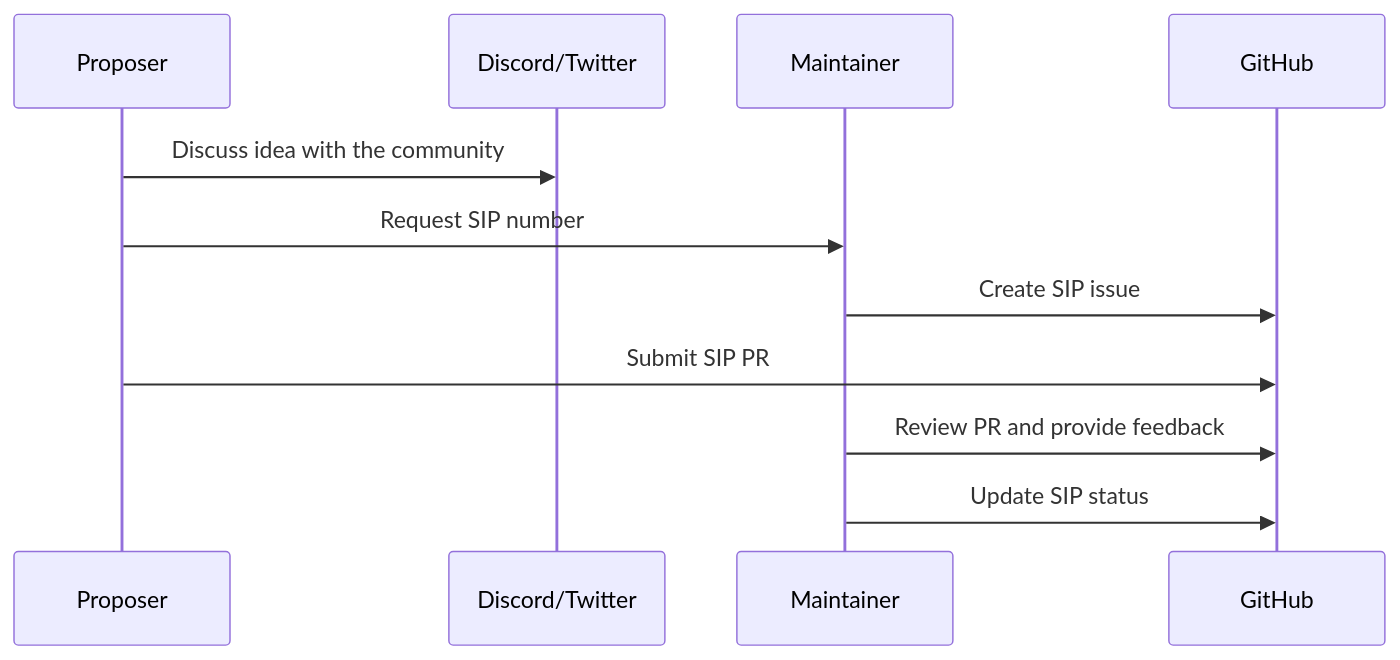
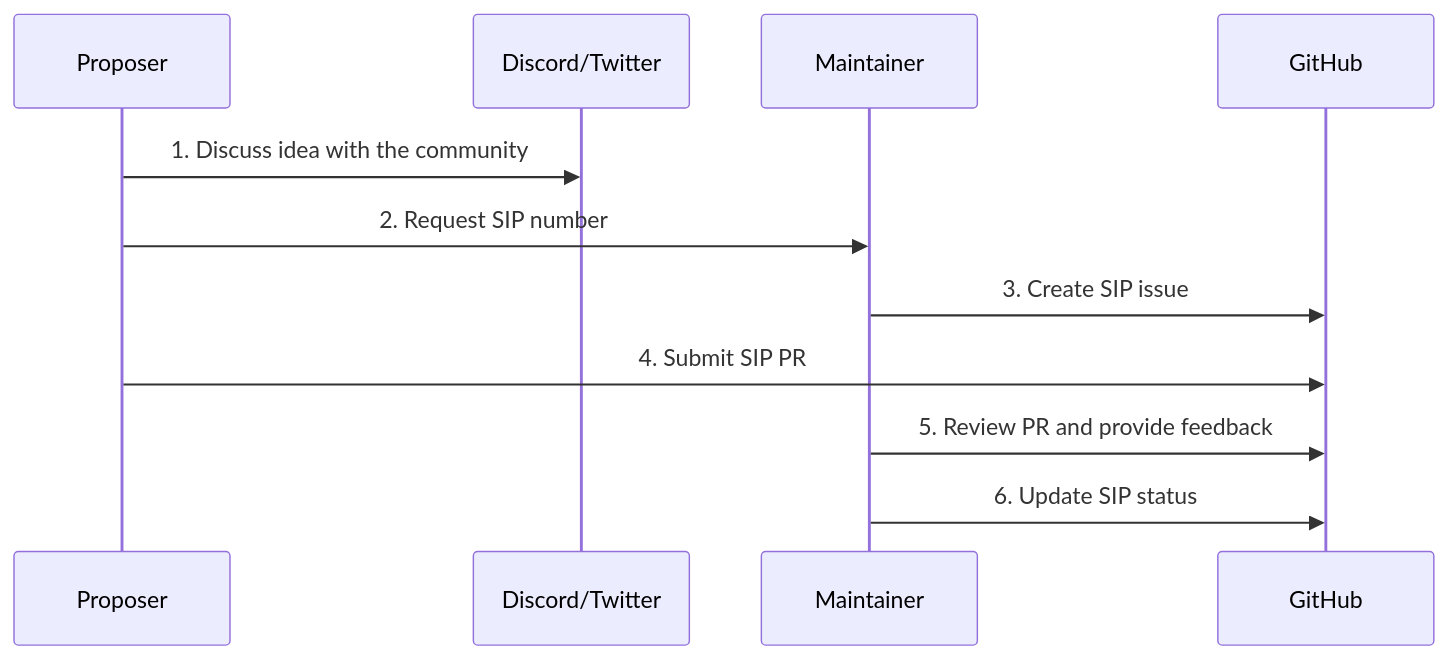
The diagram in SIPs/sip-1.md (symbol/symbol), drawn with Mermaid before and after one commit. The commit also changed other lines of this file and 1 other file, not shown here.

````diff
--- a/SIPs/sip-1.md
+++ b/SIPs/sip-1.md
@@ -37,14 +37,14 @@
 ```mermaid
 sequenceDiagram
 participant Proposer
 participant Discord/Twitter
 participant Maintainer
 participant GitHub
 
-Proposer->>Discord/Twitter: Discuss idea with the community
-Proposer->>Maintainer: Request SIP number
-Maintainer->>GitHub: Create SIP issue
-Proposer->>GitHub: Submit SIP PR
-Maintainer->>GitHub: Review PR and provide feedback
-Maintainer->>GitHub: Update SIP status
+Proposer->>Discord/Twitter: 1. Discuss idea with the community
+Proposer->>Maintainer: 2. Request SIP number
+Maintainer->>GitHub: 3. Create SIP issue
+Proposer->>GitHub: 4. Submit SIP PR
+Maintainer->>GitHub: 5. Review PR and provide feedback
+Maintainer->>GitHub: 6. Update SIP status
 ```
````
